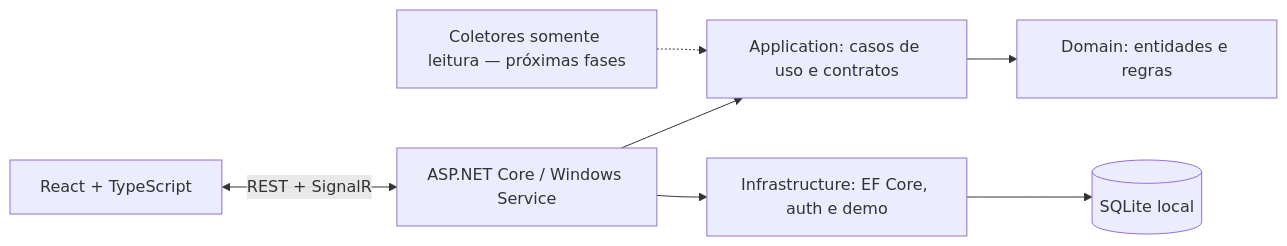
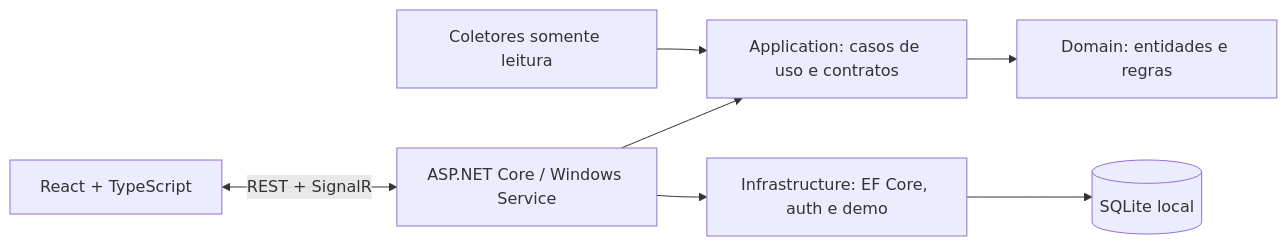
Before and after one commit to jeanvga/protheus-pulse: the diagram in README.md, drawn with Mermaid. The commit also changed other lines of this file and 25 other files, not shown here.

````diff
--- a/README.md
+++ b/README.md
@@ -68,9 +71,9 @@
 ```mermaid
 flowchart LR
     UI["React + TypeScript"] <-->|"REST + SignalR"| Host["ASP.NET Core / Windows Service"]
     Host --> App["Application: casos de uso e contratos"]
     App --> Domain["Domain: entidades e regras"]
     Host --> Infra["Infrastructure: EF Core, auth e demo"]
     Infra --> DB[("SQLite local")]
-    Collectors["Coletores somente leitura — próximas fases"] -.-> App
+    Collectors["Coletores somente leitura"] --> App
 ```
````
